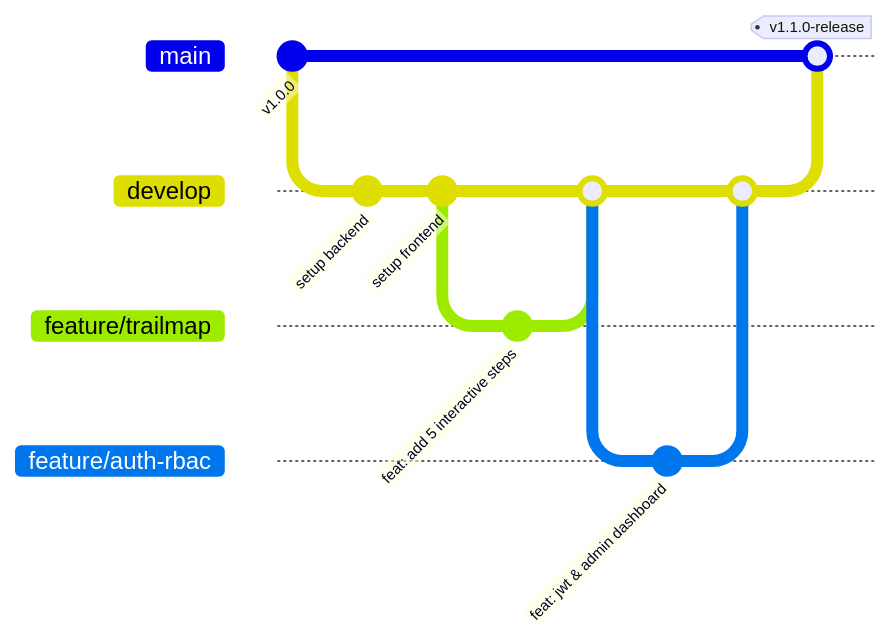
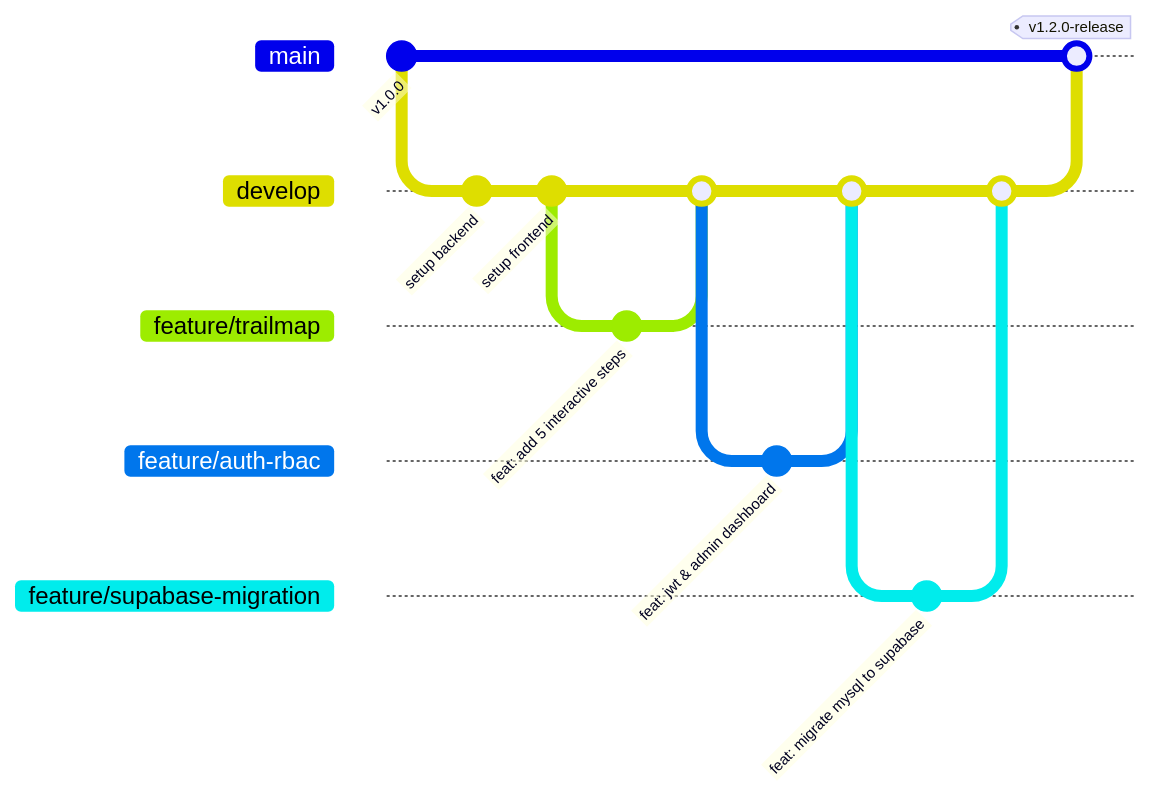
One commit to WaraneyKamagi/Web-Bukit-Kasih changed the seventh of 7 diagrams in WORKFLOW.md. Above: the diagram before and after it, drawn with Mermaid. The commit also changed other lines of this file and 24 other files, not shown here.

````diff
--- a/WORKFLOW.md
+++ b/WORKFLOW.md
@@ -239,20 +239,25 @@
 ```mermaid
 gitGraph
     commit id: "v1.0.0"
     branch develop
     checkout develop
     commit id: "setup backend"
     commit id: "setup frontend"
     branch feature/trailmap
     checkout feature/trailmap
     commit id: "feat: add 5 interactive steps"
     checkout develop
     merge feature/trailmap
     branch feature/auth-rbac
     checkout feature/auth-rbac
     commit id: "feat: jwt & admin dashboard"
     checkout develop
     merge feature/auth-rbac
+    branch feature/supabase-migration
+    checkout feature/supabase-migration
+    commit id: "feat: migrate mysql to supabase"
+    checkout develop
+    merge feature/supabase-migration
     checkout main
-    merge develop tag: "v1.1.0-release"
+    merge develop tag: "v1.2.0-release"
 ```
````
